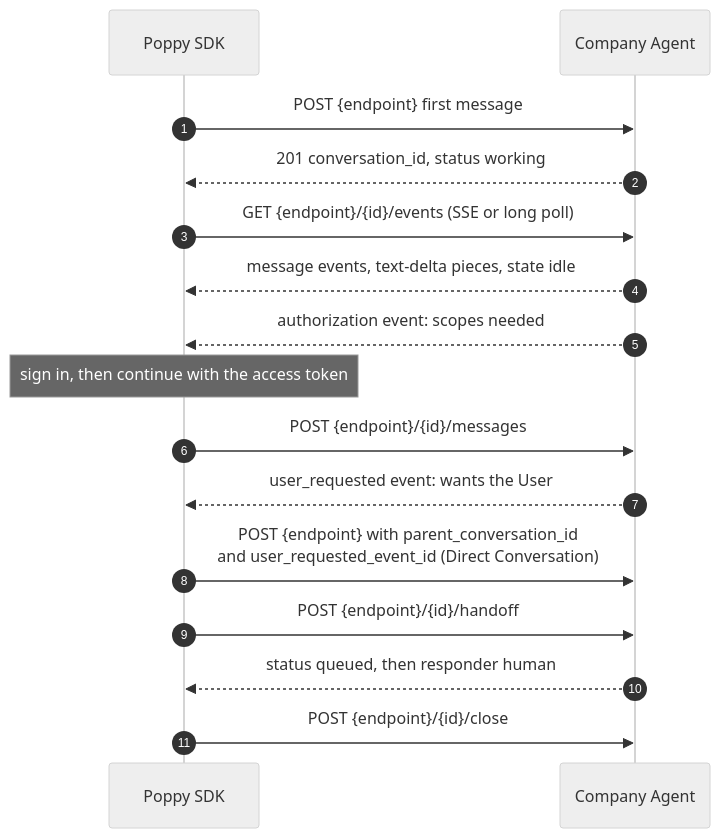
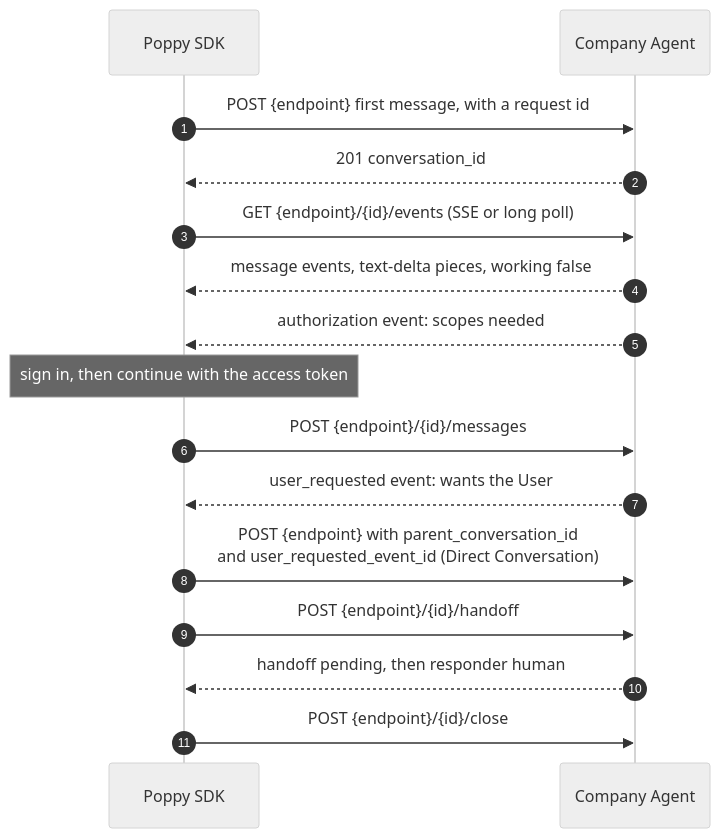
One commit to descope/poppy-js changed the eighth of 9 diagrams in docs/how-it-works.md. Above: the diagram before and after it, drawn with Mermaid (neutral theme). The commit also changed other lines of this file and 30 other files, not shown here.

````diff
--- a/docs/how-it-works.md
+++ b/docs/how-it-works.md
@@ -224,19 +271,19 @@
 ```mermaid
 sequenceDiagram
     autonumber
     participant SDK as Poppy SDK
     participant CA as Company Agent
 
-    SDK->>CA: POST {endpoint} first message
-    CA-->>SDK: 201 conversation_id, status working
+    SDK->>CA: POST {endpoint} first message, with a request id
+    CA-->>SDK: 201 conversation_id
     SDK->>CA: GET {endpoint}/{id}/events (SSE or long poll)
-    CA-->>SDK: message events, text-delta pieces, state idle
+    CA-->>SDK: message events, text-delta pieces, working false
     CA-->>SDK: authorization event: scopes needed
     Note over SDK: sign in, then continue with the access token
     SDK->>CA: POST {endpoint}/{id}/messages
     CA-->>SDK: user_requested event: wants the User
     SDK->>CA: POST {endpoint} with parent_conversation_id<br/>and user_requested_event_id (Direct Conversation)
     SDK->>CA: POST {endpoint}/{id}/handoff
-    CA-->>SDK: status queued, then responder human
+    CA-->>SDK: handoff pending, then responder human
     SDK->>CA: POST {endpoint}/{id}/close
 ```
````
